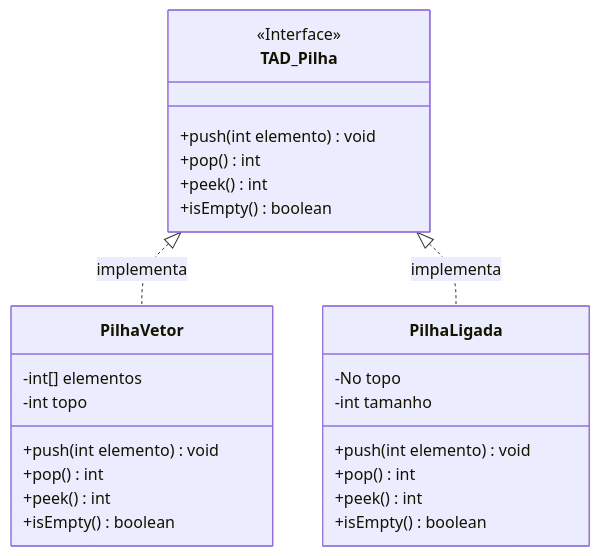
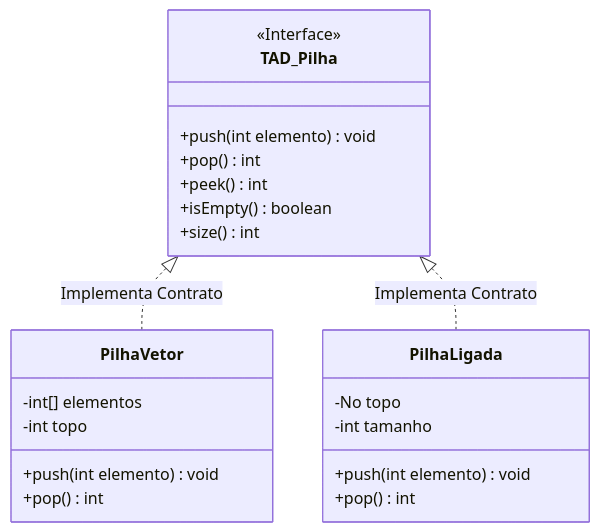
The sixth of 22 diagrams in 4º Semestre/[Prof. Wesley Soares] Estrutura de Dados I/Resumos-IA/Caderno-Consolidado.md (murilolol/unifef), drawn with Mermaid before and after one commit. The commit also changed other lines of this file and 25 other files, not shown here.

````diff
--- a/4º Semestre/[Prof. Wesley Soares] Estrutura de Dados I/Resumos-IA/Caderno-Consolidado.md
+++ b/4º Semestre/[Prof. Wesley Soares] Estrutura de Dados I/Resumos-IA/Caderno-Consolidado.md
@@ -335,28 +291,25 @@
 ```mermaid
 classDiagram
     class TAD_Pilha {
         <<Interface>>
         +push(int elemento) void
         +pop() int
         +peek() int
         +isEmpty() boolean
+        +size() int
     }
     class PilhaVetor {
         -int[] elementos
         -int topo
         +push(int elemento) void
         +pop() int
-        +peek() int
-        +isEmpty() boolean
     }
     class PilhaLigada {
         -No topo
         -int tamanho
         +push(int elemento) void
         +pop() int
-        +peek() int
-        +isEmpty() boolean
     }
-    TAD_Pilha <|.. PilhaVetor : implementa
-    TAD_Pilha <|.. PilhaLigada : implementa
+    TAD_Pilha <|.. PilhaVetor : Implementa Contrato
+    TAD_Pilha <|.. PilhaLigada : Implementa Contrato
 ```
````
